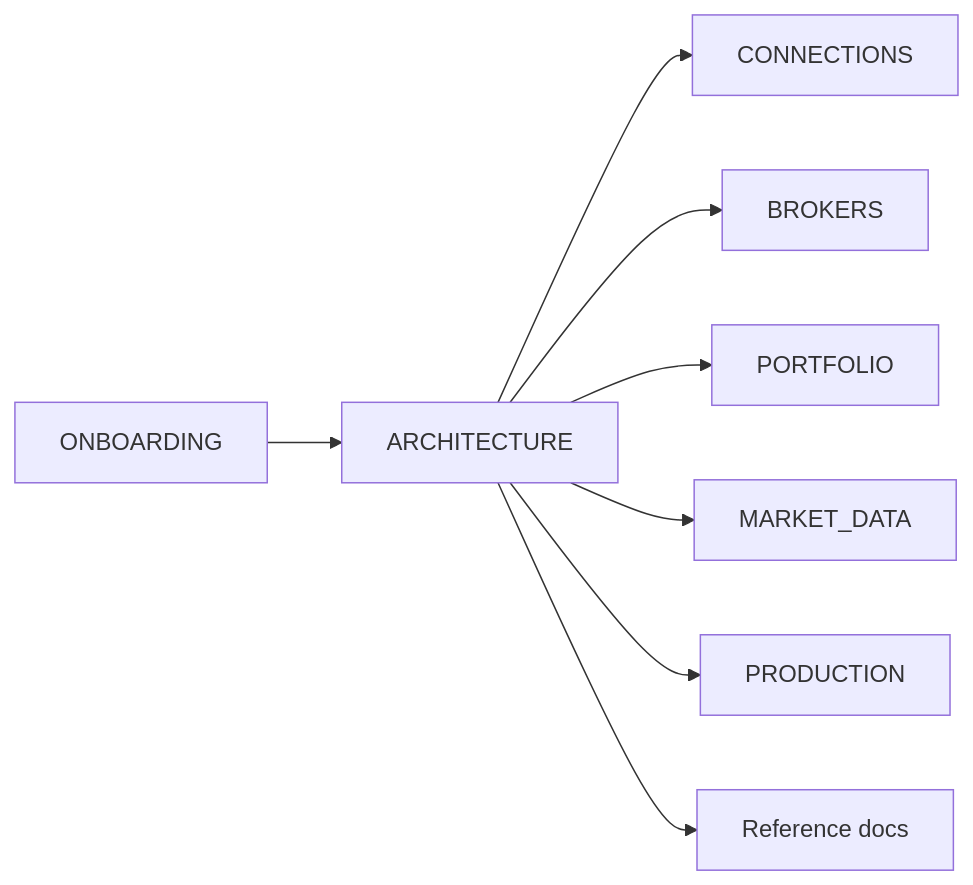
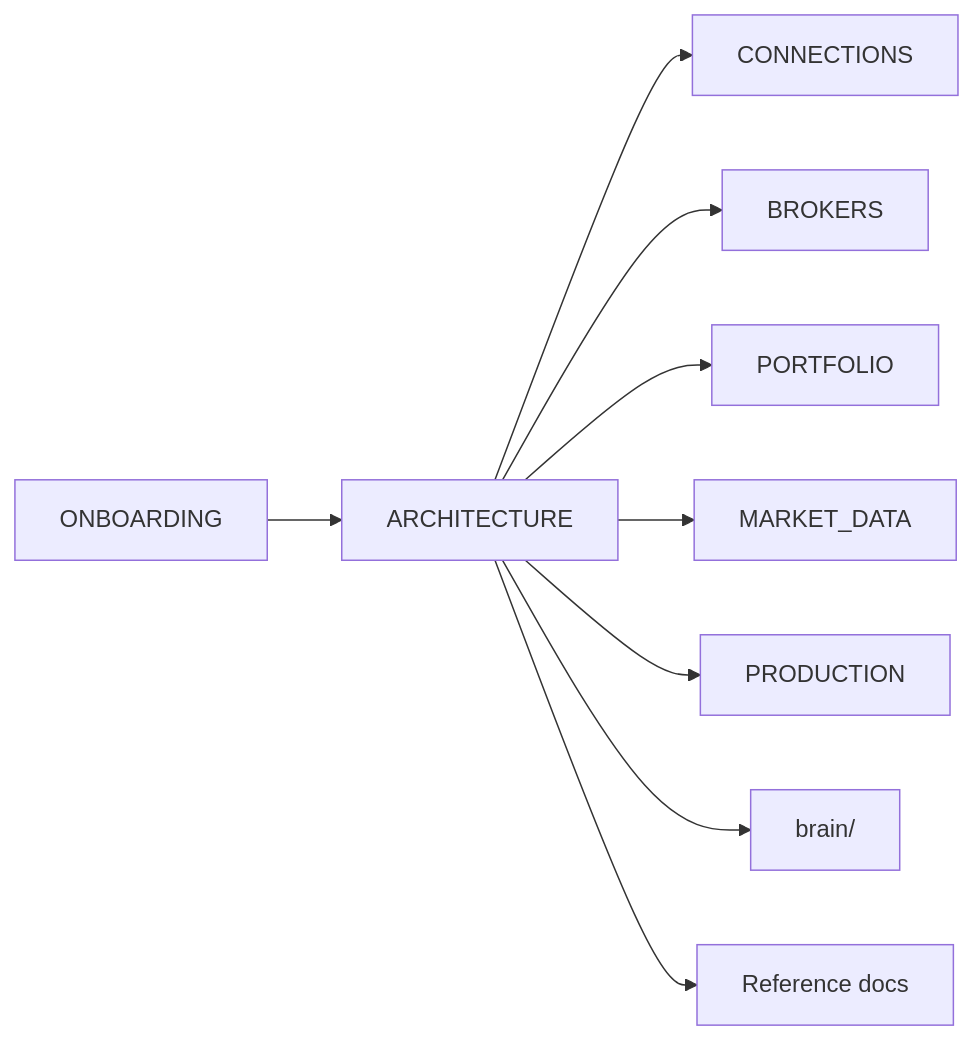
One commit to paperwork-labs/paperwork changed the diagram in docs/README.md. Above: the diagram before and after it, drawn with Mermaid. The commit also changed other lines of this file and 5 other files, not shown here.

````diff
--- a/docs/README.md
+++ b/docs/README.md
@@ -32,19 +49,21 @@
 ```mermaid
 flowchart LR
   Onboarding[ONBOARDING]
   Arch[ARCHITECTURE]
   Connections[CONNECTIONS]
   Brokers[BROKERS]
   Portfolio[PORTFOLIO]
   MarketData[MARKET_DATA]
   Production[PRODUCTION]
+  Brain[brain/]
   RefDocs["Reference docs"]
 
   Onboarding --> Arch
   Arch --> Connections
   Arch --> Brokers
   Arch --> Portfolio
   Arch --> MarketData
   Arch --> Production
+  Arch --> Brain
   Arch --> RefDocs
 ```
````
